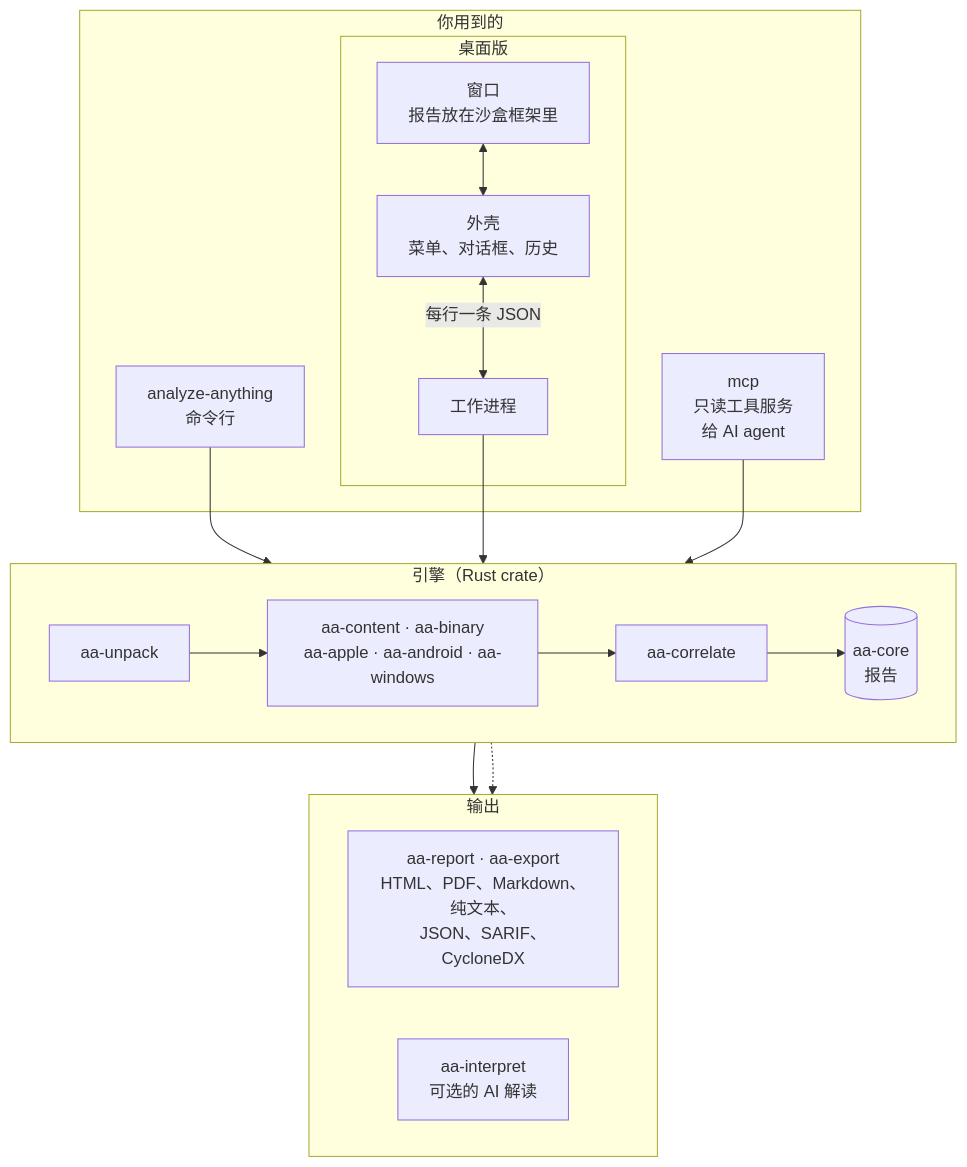
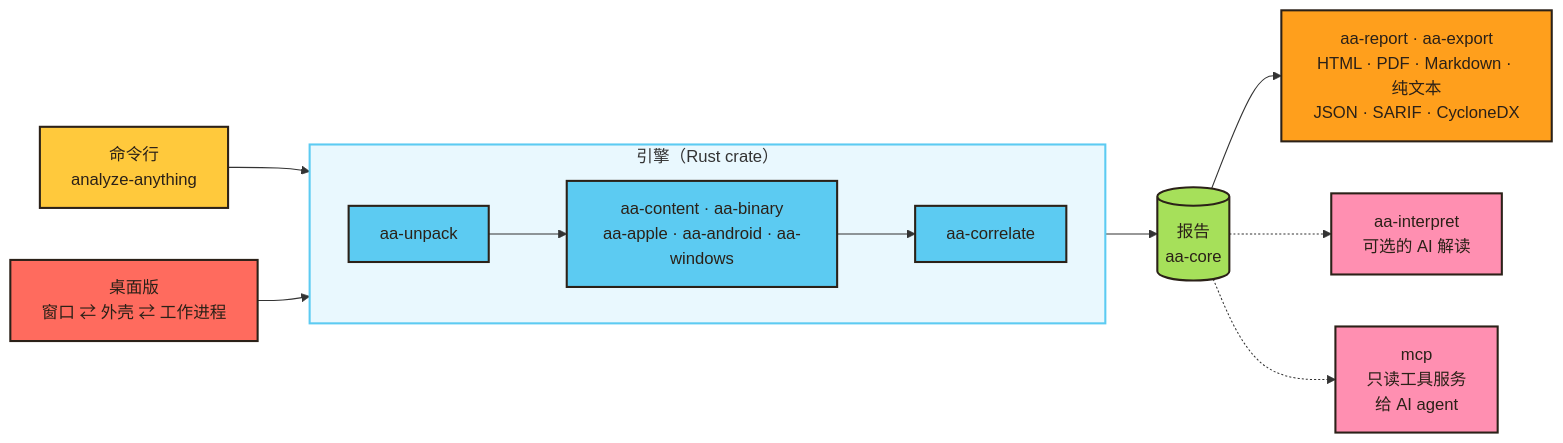
Before and after one commit to atomsprout/analyze-anything: the second of 2 diagrams in README.zh-CN.md, drawn with Mermaid. The commit also changed other lines of this file and 1 other file, not shown here.

Commit message:
README: the two diagrams run left to right, in the site's colours

````diff
--- a/README.zh-CN.md
+++ b/README.zh-CN.md
@@ -86,25 +92,26 @@
 ```mermaid
-flowchart TB
-  subgraph faces["你用到的"]
-    cli["analyze-anything<br/>命令行"]
-    subgraph desktop["桌面版"]
-      page["窗口<br/>报告放在沙盒框架里"] <--> shell["外壳<br/>菜单、对话框、历史"]
-      shell <-->|"每行一条 JSON"| worker["工作进程"]
-    end
-    mcp["mcp<br/>只读工具服务<br/>给 AI agent"]
-  end
+flowchart LR
+  cli["命令行<br/>analyze-anything"]:::sun
+  app["桌面版<br/>窗口 ⇄ 外壳 ⇄ 工作进程"]:::coral
   subgraph engine["引擎（Rust crate）"]
     direction LR
-    unpack2["aa-unpack"] --> analyzers["aa-content · aa-binary<br/>aa-apple · aa-android · aa-windows"] --> correlate["aa-correlate"] --> core[("aa-core<br/>报告")]
+    unpack["aa-unpack"]:::sky --> analyzers["aa-content · aa-binary<br/>aa-apple · aa-android · aa-windows"]:::sky --> correlate["aa-correlate"]:::sky
   end
-  subgraph outputs["输出"]
-    direction LR
-    exports["aa-report · aa-export<br/>HTML、PDF、Markdown、纯文本、<br/>JSON、SARIF、CycloneDX"]
-    interpret["aa-interpret<br/>可选的 AI 解读"]
-  end
-  cli --> unpack2
-  worker --> unpack2
-  core --> exports
-  core -.-> interpret
-  mcp --> core
+  report[("报告<br/>aa-core")]:::lime
+  exports["aa-report · aa-export<br/>HTML · PDF · Markdown · 纯文本<br/>JSON · SARIF · CycloneDX"]:::orange
+  ai["aa-interpret<br/>可选的 AI 解读"]:::pink
+  mcp["mcp<br/>只读工具服务<br/>给 AI agent"]:::pink
+  cli --> unpack
+  app --> unpack
+  correlate --> report
+  report --> exports
+  report -.-> ai
+  report -.-> mcp
+  classDef sun fill:#ffc93c,stroke:#2b2118,stroke-width:2px,color:#2b2118;
+  classDef coral fill:#ff6b5e,stroke:#2b2118,stroke-width:2px,color:#2b2118;
+  classDef sky fill:#5ccbf2,stroke:#2b2118,stroke-width:2px,color:#2b2118;
+  classDef lime fill:#a6e05a,stroke:#2b2118,stroke-width:2px,color:#2b2118;
+  classDef pink fill:#ff8fb1,stroke:#2b2118,stroke-width:2px,color:#2b2118;
+  classDef orange fill:#ff9f1c,stroke:#2b2118,stroke-width:2px,color:#2b2118;
+  style engine fill:#5ccbf222,stroke:#5ccbf2,stroke-width:2px;
 ```
````
